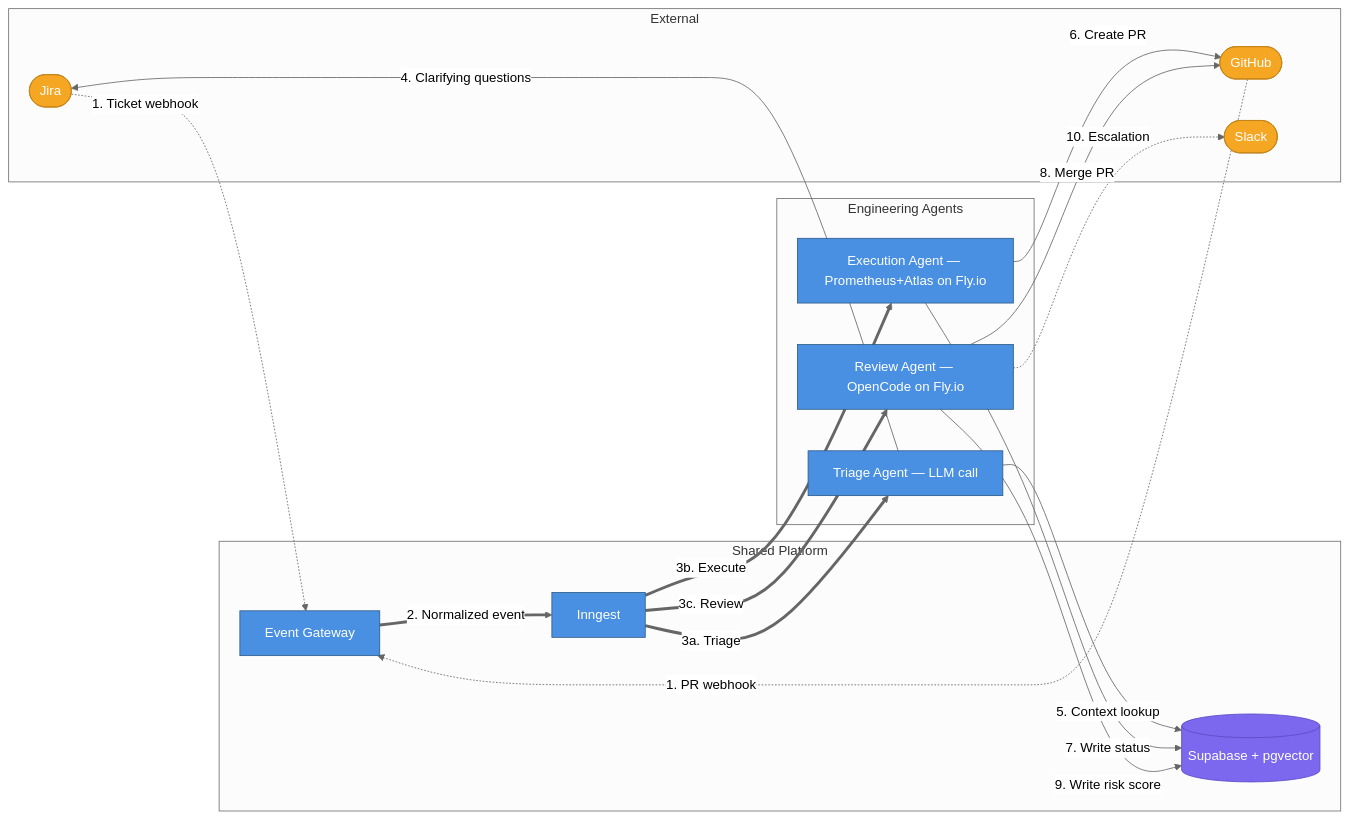
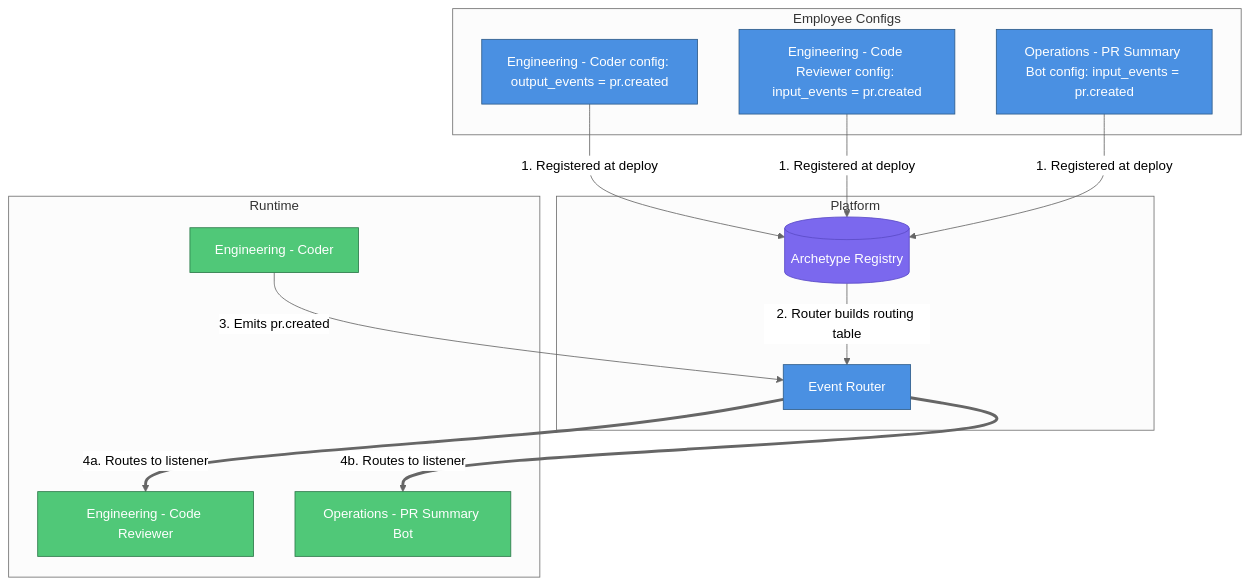
One commit to viiqswim/dozaldevs-ai-employee changed the third of 4 diagrams in docs/2026-04-14-0104-full-system-vision.md. Above: the diagram before and after it, drawn with Mermaid (neutral theme). The commit also changed other lines of this file and 1 other file, not shown here.

First line of the commit message:
docs: reframe platform around single-responsibility employees with Fly.io-only runtime

````diff
--- a/docs/2026-04-14-0104-full-system-vision.md
+++ b/docs/2026-04-14-0104-full-system-vision.md
@@ -207,38 +322,31 @@
 ```mermaid
-flowchart LR
-    subgraph External
-        JIRA(["Jira"]):::external
-        GH(["GitHub"]):::external
-        SLACK(["Slack"]):::external
+flowchart TD
+    subgraph Employee Configs
+        C_CFG["Engineering - Coder config: output_events = pr.created"]:::service
+        R_CFG["Engineering - Code Reviewer config: input_events = pr.created"]:::service
+        S_CFG["Operations - PR Summary Bot config: input_events = pr.created"]:::service
     end
 
-    subgraph Shared Platform
-        GW["Event Gateway"]:::service
-        INN["Inngest"]:::service
-        SB[("Supabase + pgvector")]:::storage
+    subgraph Platform
+        REG[("Archetype Registry")]:::storage
+        ROUTER["Event Router"]:::service
     end
 
-    subgraph Engineering Agents
-        TRIAGE["Triage Agent — LLM call"]:::service
-        EXEC["Execution Agent — Prometheus+Atlas on Fly.io"]:::service
-        REVIEW["Review Agent — OpenCode on Fly.io"]:::service
+    subgraph Runtime
+        CODER["Engineering - Coder"]:::event
+        REVIEWER["Engineering - Code Reviewer"]:::event
+        SUMMARY["Operations - PR Summary Bot"]:::event
     end
 
-    JIRA -.->|"1. Ticket webhook"| GW
-    GH -.->|"1. PR webhook"| GW
-    GW ==>|"2. Normalized event"| INN
-    INN ==>|"3a. Triage"| TRIAGE
-    INN ==>|"3b. Execute"| EXEC
-    INN ==>|"3c. Review"| REVIEW
-    TRIAGE -->|"4. Clarifying questions"| JIRA
-    TRIAGE -->|"5. Context lookup"| SB
-    EXEC -->|"6. Create PR"| GH
-    EXEC -->|"7. Write status"| SB
-    REVIEW -->|"8. Merge PR"| GH
-    REVIEW -->|"9. Write risk score"| SB
-    REVIEW -.->|"10. Escalation"| SLACK
+    C_CFG -->|"1. Registered at deploy"| REG
+    R_CFG -->|"1. Registered at deploy"| REG
+    S_CFG -->|"1. Registered at deploy"| REG
+    REG -->|"2. Router builds routing table"| ROUTER
+    CODER -->|"3. Emits pr.created"| ROUTER
+    ROUTER ==>|"4a. Routes to listener"| REVIEWER
+    ROUTER ==>|"4b. Routes to listener"| SUMMARY
 
     classDef service fill:#4A90E2,stroke:#2E5C8A,color:#fff
     classDef storage fill:#7B68EE,stroke:#5B4BC7,color:#fff
-    classDef external fill:#F5A623,stroke:#C4841A,color:#fff
+    classDef event fill:#50C878,stroke:#2D7A4A,color:#fff
 ```
````
